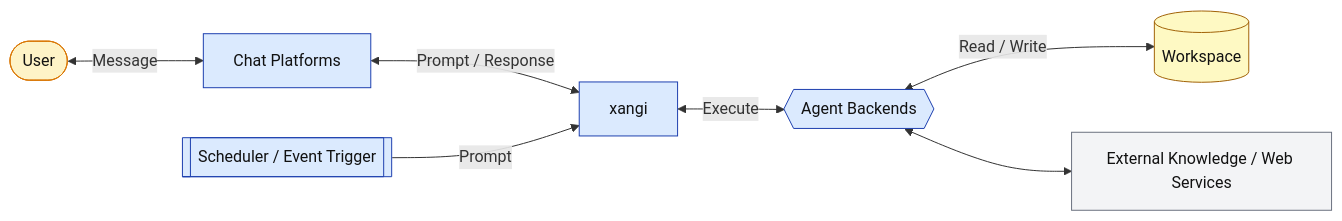
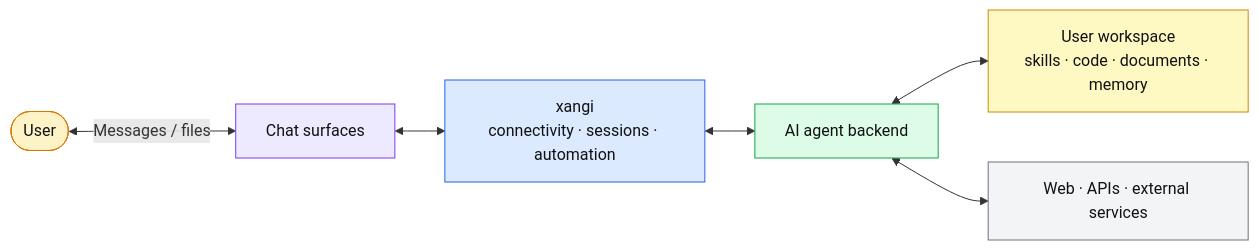
One commit to yutacar/xangi changed the diagram in README.en.md. Above: the diagram before and after it, drawn with Mermaid. The commit also changed other lines of this file and 22 other files, not shown here.

````diff
--- a/README.en.md
+++ b/README.en.md
@@ -28,18 +22,20 @@
 ```mermaid
 flowchart LR
-    User([User]) <-->|Message| Platform[Chat Platforms]
-    Platform <-->|Prompt / Response| xangi[xangi]
-    xangi <-->|Execute| Backend{{Agent Backends}}
-    Backend <-->|Read / Write| WS[(Workspace)]
-    Backend <--> External[External Knowledge / Web Services]
-    Scheduler[[Scheduler / Event Trigger]] -->|Prompt| xangi
-
+    User([User]) <-->|Messages / files| Channels[Chat surfaces]
+    Channels <--> Xangi[xangi<br>connectivity · sessions · automation]
+    Xangi <--> Backend[AI agent backend]
+    Backend <--> Workspace[User workspace<br>skills · code · documents · memory]
+    Backend <--> External[Web · APIs · external services]
     classDef user fill:#fef3c7,stroke:#d97706,color:#111;
-    classDef core fill:#dbeafe,stroke:#1e40af,color:#111;
-    classDef ws fill:#fef9c3,stroke:#a16207,color:#111;
-    classDef ext fill:#f3f4f6,stroke:#6b7280,color:#111;
+    classDef surface fill:#ede9fe,stroke:#7c3aed,color:#111;
+    classDef core fill:#dbeafe,stroke:#2563eb,color:#111;
+    classDef agent fill:#dcfce7,stroke:#16a34a,color:#111;
+    classDef workspace fill:#fef9c3,stroke:#ca8a04,color:#111;
+    classDef external fill:#f3f4f6,stroke:#6b7280,color:#111;
     class User user;
-    class Platform,xangi,Backend,Scheduler core;
-    class WS ws;
-    class External ext;
+    class Channels surface;
+    class Xangi core;
+    class Backend agent;
+    class Workspace workspace;
+    class External external;
 ```
````
